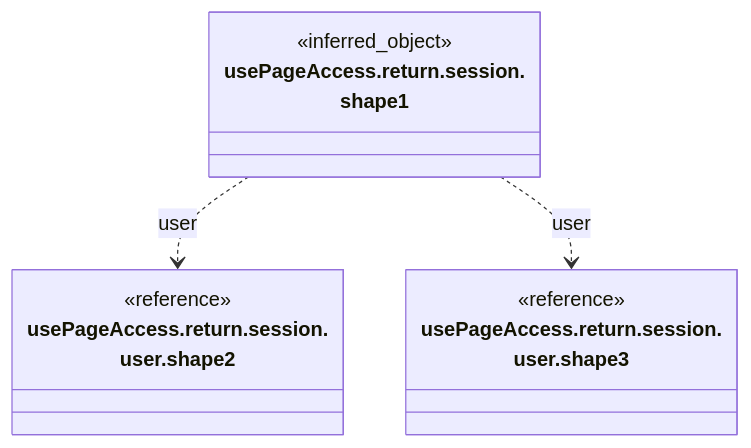
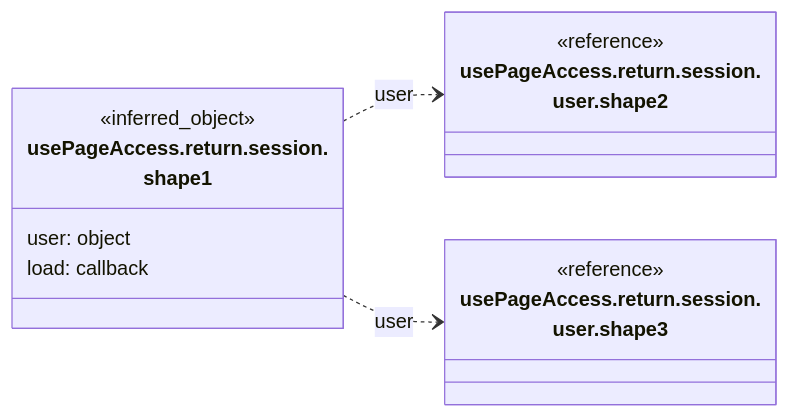
Diagram 15 of 23 in front/docs/architecture/views/logical/type-reference/app.md (gpgsistemas01/nexus), drawn with Mermaid before and after one commit. The commit also changed other lines of this file and 37 other files, not shown here.

Commit message:
docs: depurar diagramas y conservar contratos propios del frontend

````diff
--- a/front/docs/architecture/views/logical/type-reference/app.md
+++ b/front/docs/architecture/views/logical/type-reference/app.md
@@ -411,15 +383,17 @@
 ```mermaid
 classDiagram
-    direction TB
+    direction LR
     class Subject["usePageAccess.return.session.<br/>shape1"] {
         <<inferred_object>>
+        user: object
+        load: callback
     }
     class R0["usePageAccess.return.session.<br/>user.shape2"] {
         <<reference>>
     }
     class R1["usePageAccess.return.session.<br/>user.shape3"] {
         <<reference>>
     }
     Subject ..> R0 : user
     Subject ..> R1 : user
 ```
````
